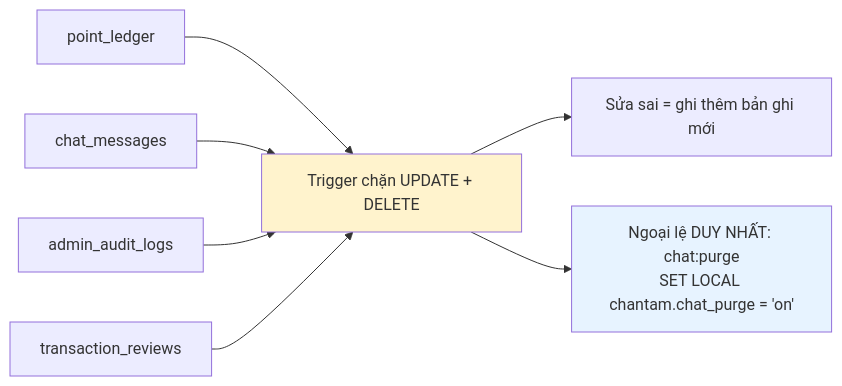
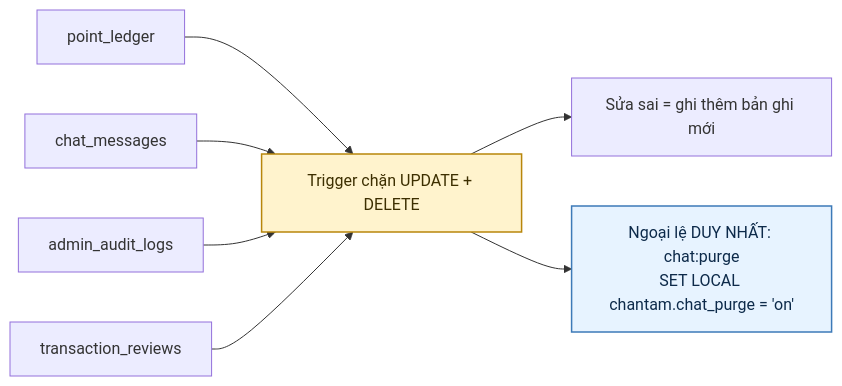
The third of 4 diagrams in docs/diagram/27-database.md (fdshn/trueheart), drawn with Mermaid before and after one commit. The commit also changed other lines of this file and 30 other files, not shown here.

First line of the commit message:
docs(diagram): chữ trong khối tô màu đọc được ở cả giao diện sáng và tối

````diff
--- a/docs/diagram/27-database.md
+++ b/docs/diagram/27-database.md
@@ -99,13 +99,13 @@
 ```mermaid
 flowchart LR
     A["point_ledger"] --> T["Trigger chặn UPDATE + DELETE"]
     B["chat_messages"] --> T
     C["admin_audit_logs"] --> T
     D["transaction_reviews"] --> T
 
     T --> E["Sửa sai = ghi thêm bản ghi mới"]
     T --> F["Ngoại lệ DUY NHẤT: chat:purge<br/>SET LOCAL chantam.chat_purge = 'on'"]
 
-    style T fill:#fff3cd
-    style F fill:#e7f3ff
+    style T fill:#fff3cd,stroke:#b8860b,stroke-width:1.5px,color:#3d2f00
+    style F fill:#e7f3ff,stroke:#3d7ab8,stroke-width:1.5px,color:#0d2a4a
 ```
````
